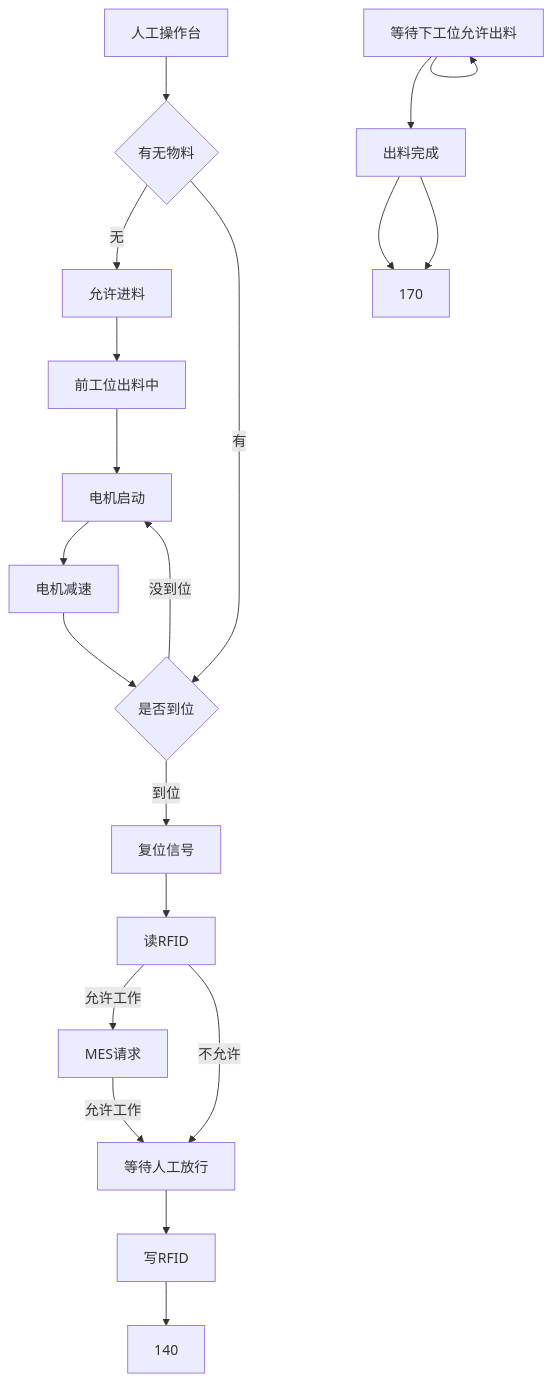
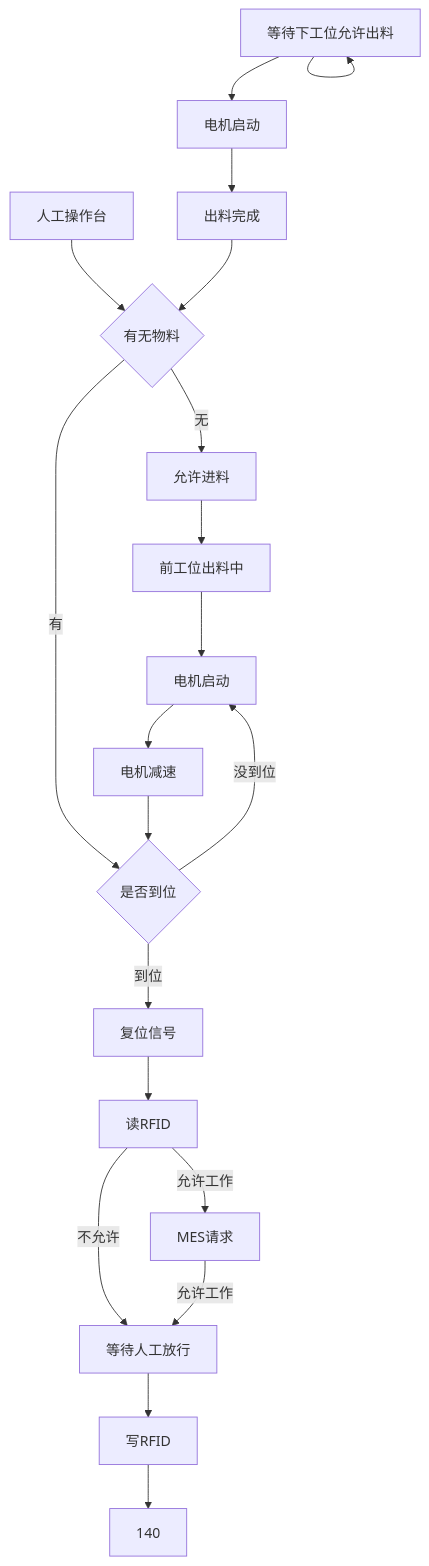
One commit to PengKun1/iodraw-files changed the diagram in all/未命名-4.md. Above: the diagram before and after it, drawn with Mermaid.

Commit message:
2024-12-20 14:54:25 update

````diff
--- a/all/未命名-4.md
+++ b/all/未命名-4.md
@@ -1,23 +1,23 @@
 ```mermaid
 graph TD
 0[人工操作台]-->10
 10{有无物料}-->|无|20
 10-->|有|60
 20[允许进料]-->30
 30[前工位出料中]-->40
 40[电机启动]-->50
 50[电机减速]-->60
 60{是否到位}-->|到位|70
 60-->|没到位|40
 70[复位信号]-->80
 80[读RFID]-->|允许工作|90
 80-->|不允许|120
 90[MES请求]-->|允许工作|120
 
 120[等待人工放行]-->130
 130[写RFID]-->140
 150[MES上传]-->150
 150[等待下工位允许出料]-->160
 160[电机启动]-->170
-160[出料完成]-->170
+170[出料完成]-->10
 ```
````
